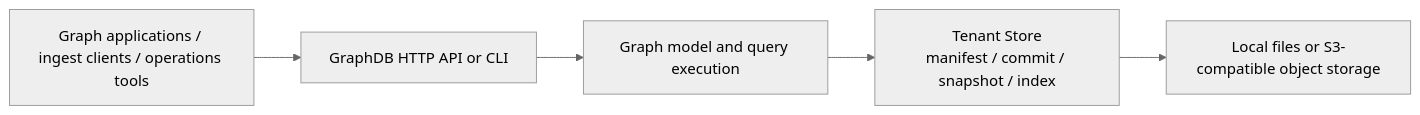
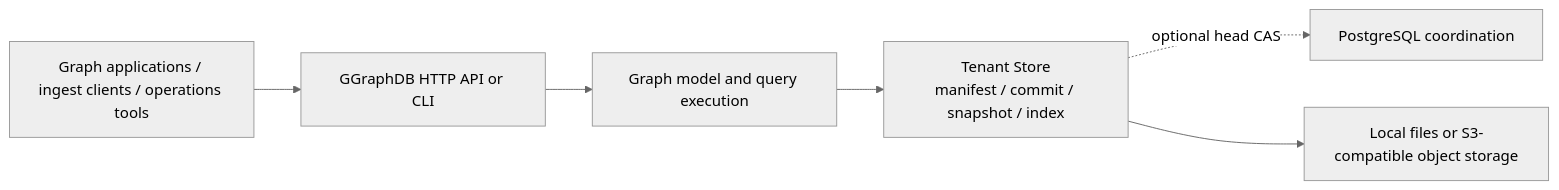
The diagram in docs/database-introduction.md (SamuelSupe/graphdb), drawn with Mermaid (neutral theme) before and after one commit. The commit also changed other lines of this file and 280 other files, not shown here.

````diff
--- a/docs/database-introduction.md
+++ b/docs/database-introduction.md
@@ -82,7 +88,8 @@
 ```mermaid
 flowchart LR
-  Client["Graph applications / ingest clients / operations tools"] --> API["GraphDB HTTP API or CLI"]
+  Client["Graph applications / ingest clients / operations tools"] --> API["GGraphDB HTTP API or CLI"]
   API --> Graph["Graph model and query execution"]
   Graph --> Store["Tenant Store\nmanifest / commit / snapshot / index"]
+  Store -. optional head CAS .-> PG["PostgreSQL coordination"]
   Store --> Object["Local files or S3-compatible object storage"]
 ```
````
